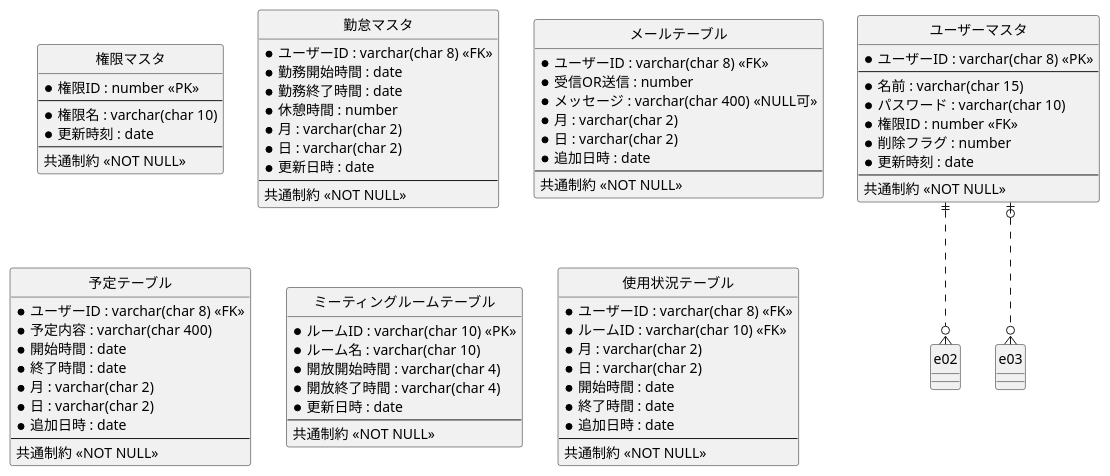
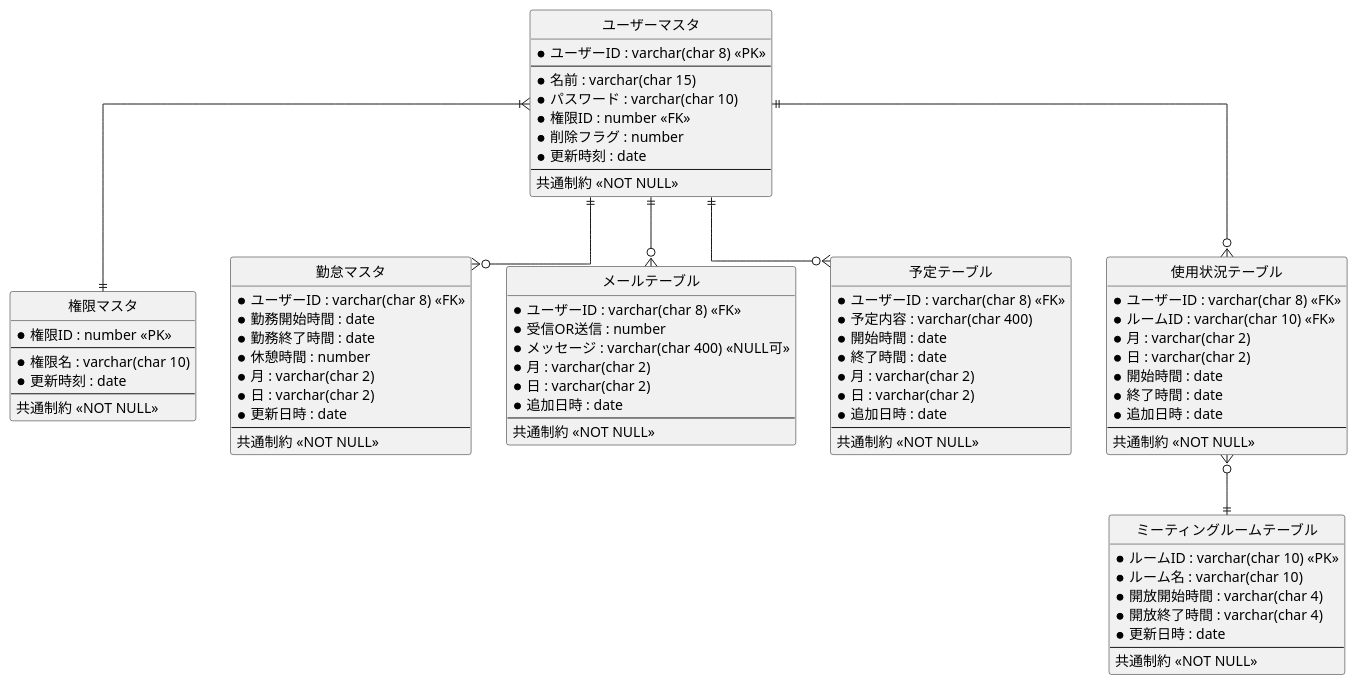
One commit to R-SAIKI/practiceUML changed the diagram in ER図/ER図.pu. Above: the diagram before and after it, drawn with PlantUML. The commit also changed 1 other file, not shown here.

Commit message:
ER図完成

```diff
--- a/ER図/ER図.pu
+++ b/ER図/ER図.pu
@@ -1,90 +1,94 @@
 @startuml
 
 ' hide the spot
 hide circle
 
 ' avoid problems with angled crows feet
 skinparam linetype ortho
 
 entity "ユーザーマスタ" as user {
   *ユーザーID : varchar(char 8) <<PK>>
   --
   *名前 : varchar(char 15)
   *パスワード : varchar(char 10)
   *権限ID : number <<FK>>
   *削除フラグ : number
   *更新時刻 : date
   --
   共通制約 <<NOT NULL>>
 }
 
 entity "権限マスタ" as auth {
   *権限ID : number <<PK>> 
   --
   *権限名 : varchar(char 10)
   *更新時刻 : date
   --
   共通制約 <<NOT NULL>>
 }
 
 entity "勤怠マスタ" as attend {
   *ユーザーID : varchar(char 8) <<FK>>
   *勤務開始時間 : date
   *勤務終了時間 : date 
   *休憩時間 : number
   *月 : varchar(char 2) 
   *日 : varchar(char 2) 
   *更新日時 : date
   --
   共通制約 <<NOT NULL>>
 }
 
 entity "メールテーブル" as mail {
   *ユーザーID : varchar(char 8) <<FK>>
   *受信OR送信 : number
   *メッセージ : varchar(char 400) <<NULL可>>
   *月 : varchar(char 2) 
   *日 : varchar(char 2) 
   *追加日時 : date
   --
   共通制約 <<NOT NULL>>
 }
 
 entity "予定テーブル" as plan {
   *ユーザーID : varchar(char 8) <<FK>>
   *予定内容 : varchar(char 400)
   *開始時間 : date
   *終了時間 : date 
   *月 : varchar(char 2) 
   *日 : varchar(char 2) 
   *追加日時 : date
   --
   共通制約 <<NOT NULL>>
 }
 
 entity "ミーティングルームテーブル" as meeting {
   *ルームID : varchar(char 10) <<PK>>
   *ルーム名 : varchar(char 10) 
   *開放開始時間 : varchar(char 4)
   *開放終了時間 : varchar(char 4)
   *更新日時 : date
   --
   共通制約 <<NOT NULL>>
 }
 
 entity "使用状況テーブル" as use {
   *ユーザーID : varchar(char 8) <<FK>>
   *ルームID : varchar(char 10) <<FK>>
   *月 : varchar(char 2) 
   *日 : varchar(char 2) 
   *開始時間 : date
   *終了時間 : date 
   *追加日時 : date
   --
   共通制約 <<NOT NULL>>
 }
 
-user ||..o{ e02
-user |o..o{ e03
+user }|--|| auth
+user ||--o{ attend
+user ||--o{ mail
+user ||--o{ plan
+user ||--o{ use
+use }o--|| meeting
 
 @enduml
```
